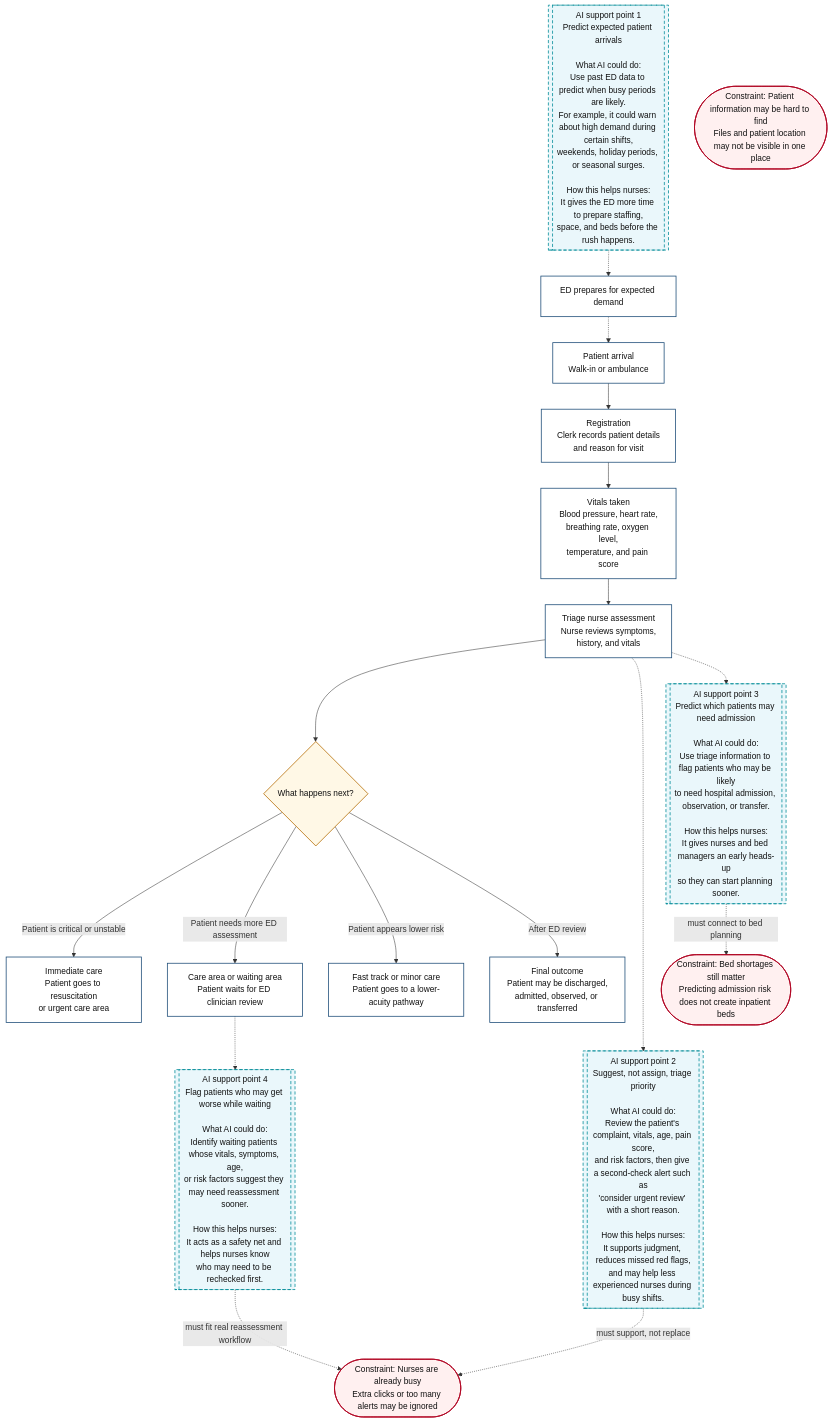
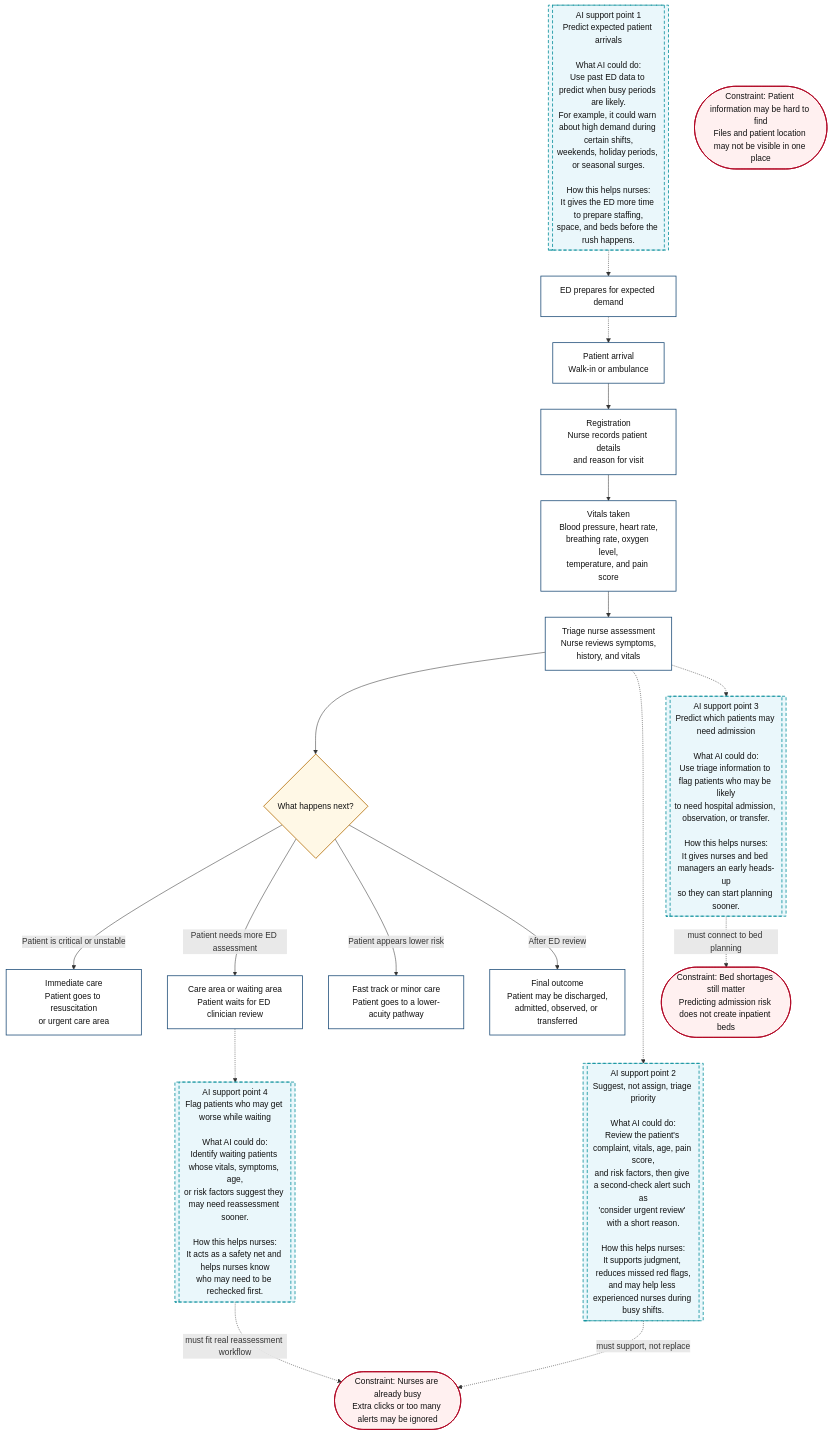
The diagram in docs/week_0_workflow.md (tinadams/carisurg-portfolio), drawn with Mermaid before and after one commit.

Commit message:
Update registration role from clerk to nurse

````diff
--- a/docs/week_0_workflow.md
+++ b/docs/week_0_workflow.md
@@ -1,55 +1,55 @@
 ```mermaid
 flowchart TD
 
-A[Patient arrival<br/>Walk-in or ambulance] --> B[Registration<br/>Clerk records patient details<br/>and reason for visit]
+A[Patient arrival<br/>Walk-in or ambulance] --> B[Registration<br/>Nurse records patient details<br/>and reason for visit]
 
 B --> C[Vitals taken<br/>Blood pressure, heart rate,<br/>breathing rate, oxygen level,<br/>temperature, and pain score]
 
 C --> D[Triage nurse assessment<br/>Nurse reviews symptoms,<br/>history, and vitals]
 
 D --> E{What happens next?}
 
 E -->|Patient is critical or unstable| F[Immediate care<br/>Patient goes to resuscitation<br/>or urgent care area]
 
 E -->|Patient needs more ED assessment| G[Care area or waiting area<br/>Patient waits for ED clinician review]
 
 E -->|Patient appears lower risk| H[Fast track or minor care<br/>Patient goes to a lower-acuity pathway]
 
 E -->|After ED review| I[Final outcome<br/>Patient may be discharged,<br/>admitted, observed, or transferred]
 
 AI1[[AI support point 1<br/>Predict expected patient arrivals<br/><br/>What AI could do:<br/>Use past ED data to predict when busy periods are likely.<br/>For example, it could warn about high demand during certain shifts,<br/>weekends, holiday periods, or seasonal surges.<br/><br/>How this helps nurses:<br/>It gives the ED more time to prepare staffing,<br/>space, and beds before the rush happens.]]
 
 AI2[[AI support point 2<br/>Suggest, not assign, triage priority<br/><br/>What AI could do:<br/>Review the patient's complaint, vitals, age, pain score,<br/>and risk factors, then give a second-check alert such as<br/>'consider urgent review' with a short reason.<br/><br/>How this helps nurses:<br/>It supports judgment, reduces missed red flags,<br/>and may help less experienced nurses during busy shifts.]]
 
 AI3[[AI support point 3<br/>Predict which patients may need admission<br/><br/>What AI could do:<br/>Use triage information to flag patients who may be likely<br/>to need hospital admission, observation, or transfer.<br/><br/>How this helps nurses:<br/>It gives nurses and bed managers an early heads-up<br/>so they can start planning sooner.]]
 
 AI4[[AI support point 4<br/>Flag patients who may get worse while waiting<br/><br/>What AI could do:<br/>Identify waiting patients whose vitals, symptoms, age,<br/>or risk factors suggest they may need reassessment sooner.<br/><br/>How this helps nurses:<br/>It acts as a safety net and helps nurses know<br/>who may need to be rechecked first.]]
 
 PRE[ED prepares for expected demand]
 
 AI1 -.-> PRE
 PRE -.-> A
 D -.-> AI2
 D -.-> AI3
 G -.-> AI4
 
 C1([Constraint: Patient information may be hard to find<br/>Files and patient location may not be visible in one place])
 
 C2([Constraint: Nurses are already busy<br/>Extra clicks or too many alerts may be ignored])
 
 C3([Constraint: Bed shortages still matter<br/>Predicting admission risk does not create inpatient beds])
 
 AI2 -. must support, not replace .-> C2
 AI3 -. must connect to bed planning .-> C3
 AI4 -. must fit real reassessment workflow .-> C2
 
 classDef process fill:#ffffff,stroke:#1f4e79,stroke-width:1.5px,color:#111;
 classDef decision fill:#fff8e6,stroke:#b36b00,stroke-width:1.5px,color:#111;
 classDef ai fill:#eaf7fb,stroke:#008c99,stroke-width:1.5px,stroke-dasharray: 6 4,color:#111;
 classDef constraint fill:#fff0f0,stroke:#b00020,stroke-width:1.5px,color:#111;
 
 class A,B,C,D,F,G,H,I,PRE process;
 class E decision;
 class AI1,AI2,AI3,AI4 ai;
 class C1,C2,C3 constraint;
 ```
````
